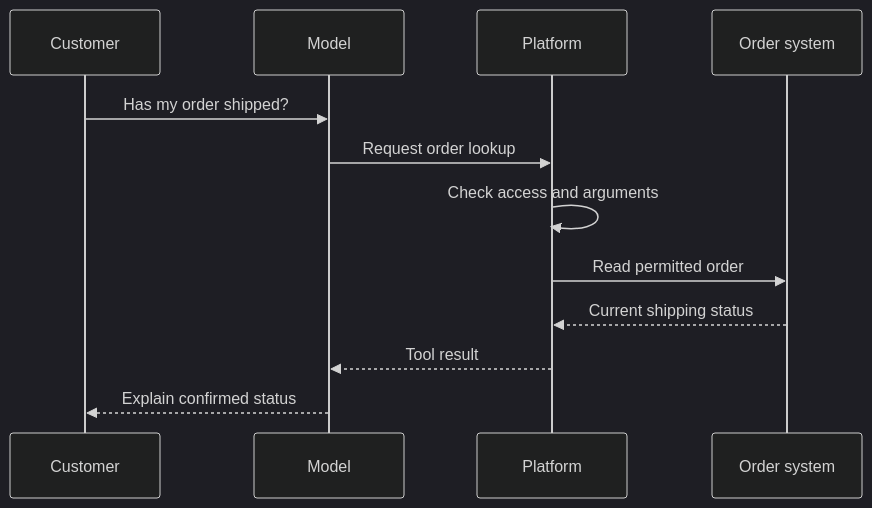
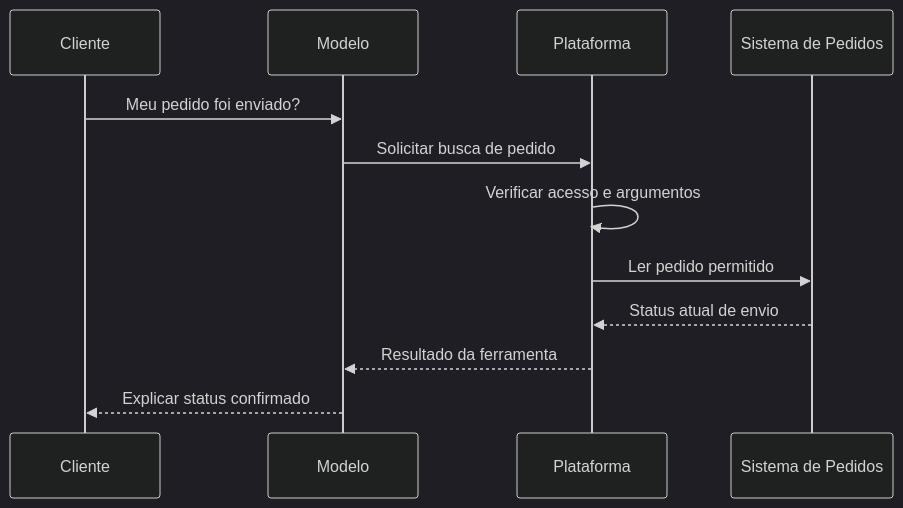
One commit to aivaxlabs/docs changed the diagram in content/pt-br/learn/tools-and-integrations/function-calling.md. Above: the diagram before and after it, drawn with Mermaid (dark theme). The commit also changed other lines of this file and 83 other files, not shown here.

````diff
--- a/content/pt-br/learn/tools-and-integrations/function-calling.md
+++ b/content/pt-br/learn/tools-and-integrations/function-calling.md
@@ -41,14 +41,14 @@
 ```mermaid
 sequenceDiagram
-    participant U as Customer
-    participant M as Model
-    participant P as Platform
-    participant O as Order system
-    U->>M: Has my order shipped?
-    M->>P: Request order lookup
-    P->>P: Check access and arguments
-    P->>O: Read permitted order
-    O-->>P: Current shipping status
-    P-->>M: Tool result
-    M-->>U: Explain confirmed status
+    participant U as Cliente
+    participant M as Modelo
+    participant P as Plataforma
+    participant O as Sistema de Pedidos
+    U->>M: Meu pedido foi enviado?
+    M->>P: Solicitar busca de pedido
+    P->>P: Verificar acesso e argumentos
+    P->>O: Ler pedido permitido
+    O-->>P: Status atual de envio
+    P-->>M: Resultado da ferramenta
+    M-->>U: Explicar status confirmado
 ```
````
